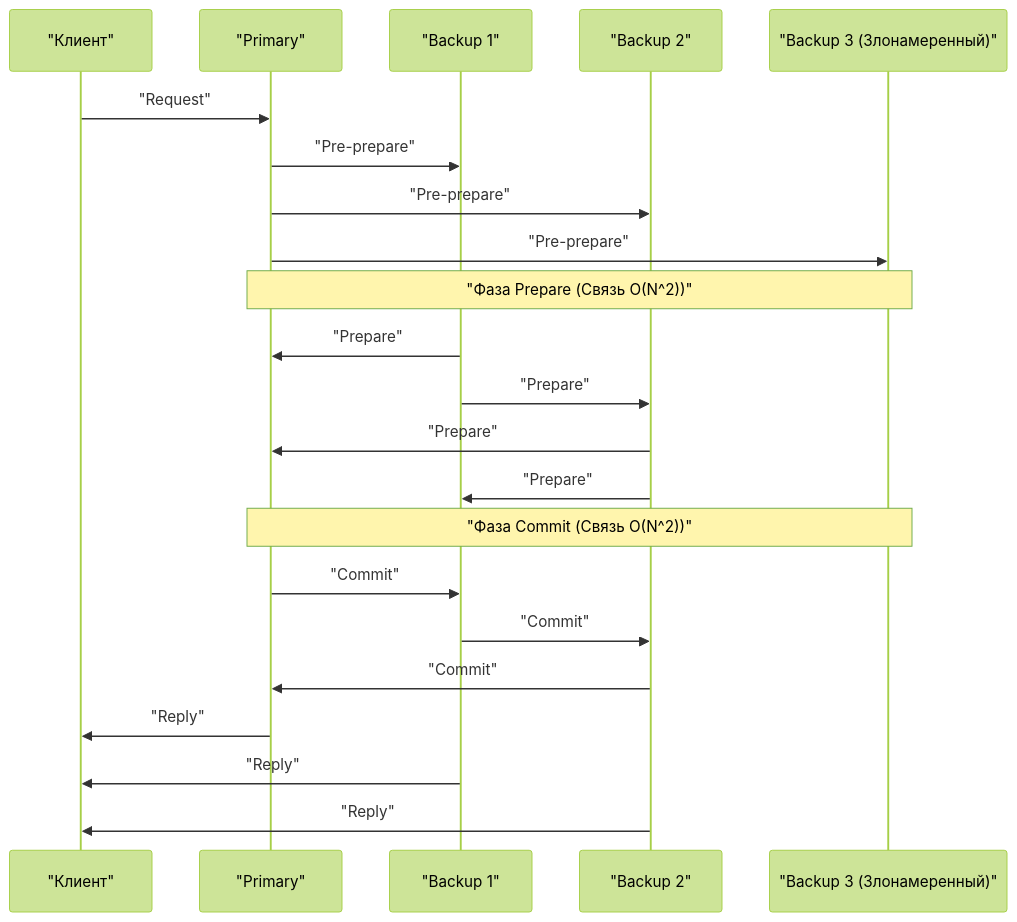
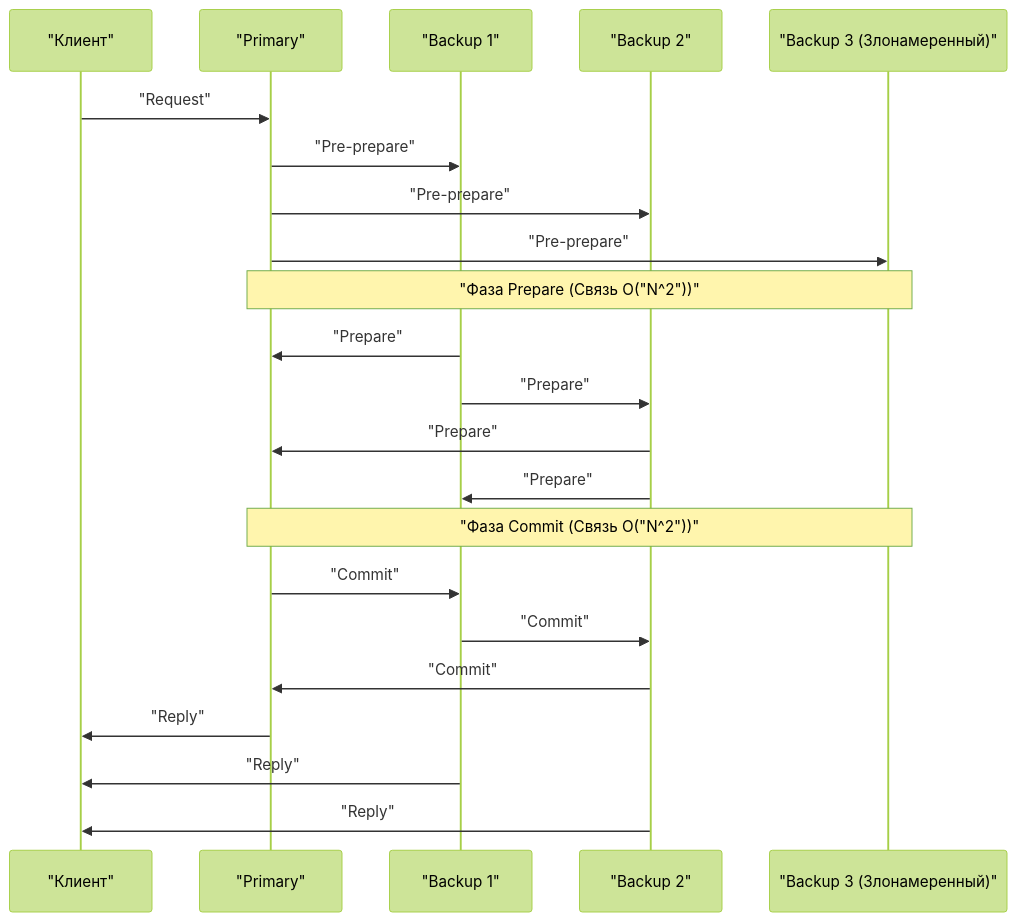
Before and after one commit to kenjinote/blog: the third of 3 diagrams in content/post/byzantine-generals-problem-consensus/index.ru.md, drawn with Mermaid (forest theme). The commit also changed 929 other files, not shown here.

Commit message:
fix: Add double quotes to all Mermaid node texts to resolve syntax errors

````diff
--- a/content/post/byzantine-generals-problem-consensus/index.ru.md
+++ b/content/post/byzantine-generals-problem-consensus/index.ru.md
@@ -242,28 +242,28 @@
 ```mermaid
 sequenceDiagram
     participant C as "Клиент"
     participant P as "Primary"
     participant B1 as "Backup 1"
     participant B2 as "Backup 2"
     participant B3 as "Backup 3 (Злонамеренный)"
 
     C->>P: "Request"
     P->>B1: "Pre-prepare"
     P->>B2: "Pre-prepare"
     P->>B3: "Pre-prepare"
     
-    Note over P,B3: "Фаза Prepare (Связь O(N^2))"
+    Note over P,B3: "Фаза Prepare (Связь O("N^2"))"
     B1->>P: "Prepare"
     B1->>B2: "Prepare"
     B2->>P: "Prepare"
     B2->>B1: "Prepare"
     
-    Note over P,B3: "Фаза Commit (Связь O(N^2))"
+    Note over P,B3: "Фаза Commit (Связь O("N^2"))"
     P->>B1: "Commit"
     B1->>B2: "Commit"
     B2->>P: "Commit"
     
     P->>C: "Reply"
     B1->>C: "Reply"
     B2->>C: "Reply"
 ```
````
